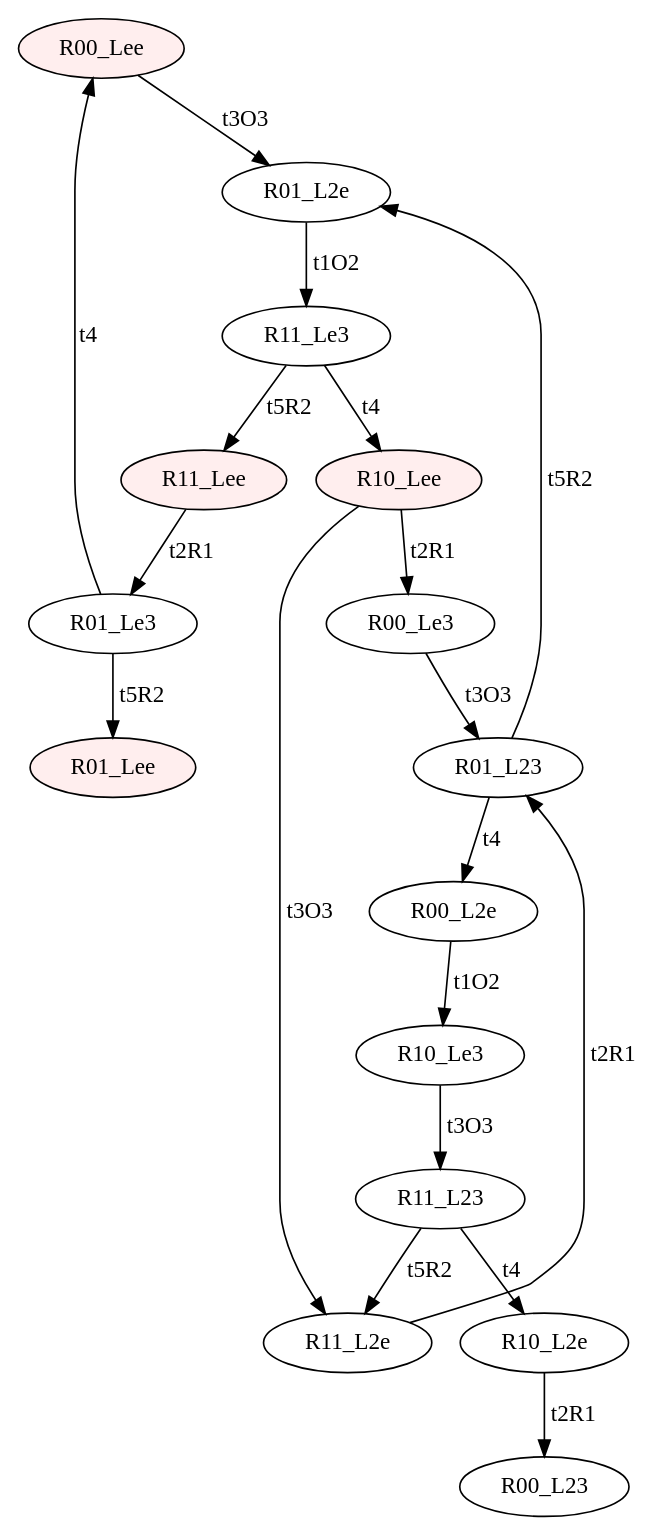
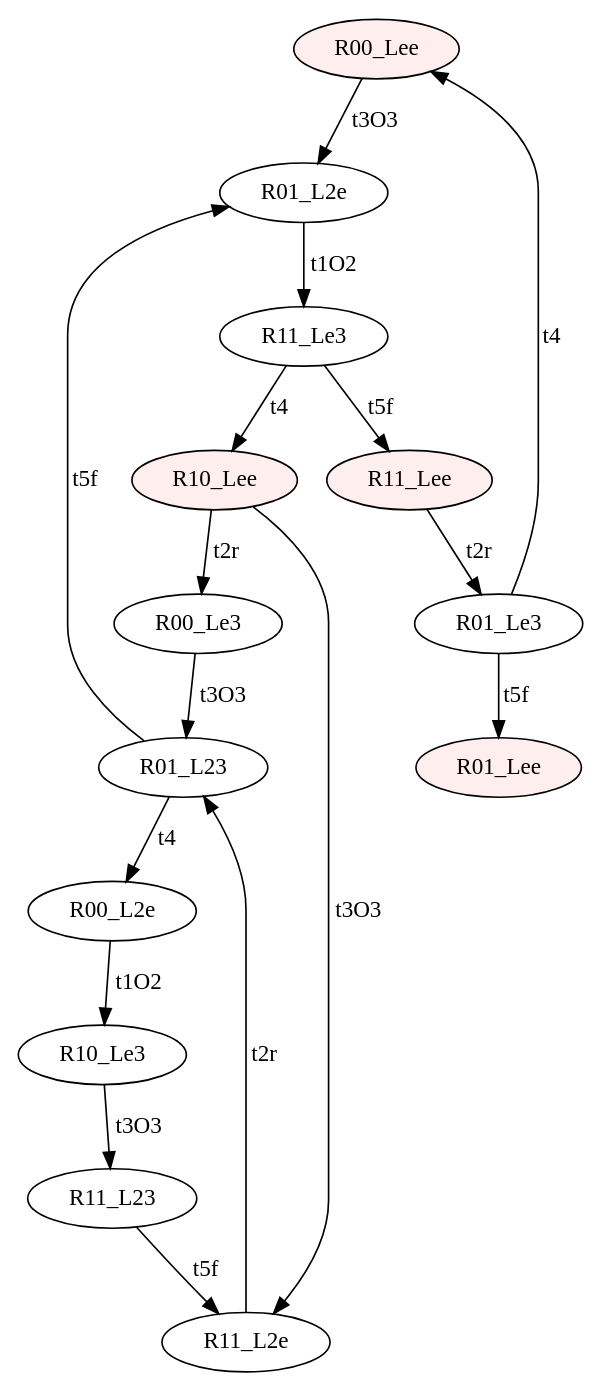
One commit to Stefano-BS/Explanatory-Diagnosis changed the diagram in input/e_SC.dot. Above: the diagram before and after it, drawn with Graphviz. The commit also changed 71 other files, not shown here.

```diff
--- a/input/e_SC.dot
+++ b/input/e_SC.dot
@@ -1,35 +1,31 @@
 digraph "SCinput/e" {
 node [style=filled fillcolor="#FFEEEE"]; R00_Lee ;
 node [fillcolor="#FFFFFF"]; R01_L2e ;
 node [fillcolor="#FFFFFF"]; R11_Le3 ;
 node [style=filled fillcolor="#FFEEEE"]; R10_Lee ;
 node [fillcolor="#FFFFFF"]; R00_Le3 ;
 node [fillcolor="#FFFFFF"]; R01_L23 ;
 node [fillcolor="#FFFFFF"]; R00_L2e ;
 node [fillcolor="#FFFFFF"]; R10_Le3 ;
 node [fillcolor="#FFFFFF"]; R11_L23 ;
-node [fillcolor="#FFFFFF"]; R10_L2e ;
-node [fillcolor="#FFFFFF"]; R00_L23 ;
 node [fillcolor="#FFFFFF"]; R11_L2e ;
 node [style=filled fillcolor="#FFEEEE"]; R11_Lee ;
 node [fillcolor="#FFFFFF"]; R01_Le3 ;
 node [style=filled fillcolor="#FFEEEE"]; R01_Lee ;
 R00_Lee -> R01_L2e [label=t3O3]
 R01_L2e -> R11_Le3 [label=t1O2]
-R11_Le3 -> R11_Lee [label=t5R2]
+R11_Le3 -> R11_Lee [label=t5f]
 R11_Le3 -> R10_Lee [label=t4]
 R10_Lee -> R11_L2e [label=t3O3]
-R10_Lee -> R00_Le3 [label=t2R1]
+R10_Lee -> R00_Le3 [label=t2r]
 R00_Le3 -> R01_L23 [label=t3O3]
-R01_L23 -> R01_L2e [label=t5R2]
+R01_L23 -> R01_L2e [label=t5f]
 R01_L23 -> R00_L2e [label=t4]
 R00_L2e -> R10_Le3 [label=t1O2]
 R10_Le3 -> R11_L23 [label=t3O3]
-R11_L23 -> R11_L2e [label=t5R2]
-R11_L23 -> R10_L2e [label=t4]
-R10_L2e -> R00_L23 [label=t2R1]
-R11_L2e -> R01_L23 [label=t2R1]
-R11_Lee -> R01_Le3 [label=t2R1]
-R01_Le3 -> R01_Lee [label=t5R2]
+R11_L23 -> R11_L2e [label=t5f]
+R11_L2e -> R01_L23 [label=t2r]
+R11_Lee -> R01_Le3 [label=t2r]
+R01_Le3 -> R01_Lee [label=t5f]
 R01_Le3 -> R00_Lee [label=t4]
 }
```
